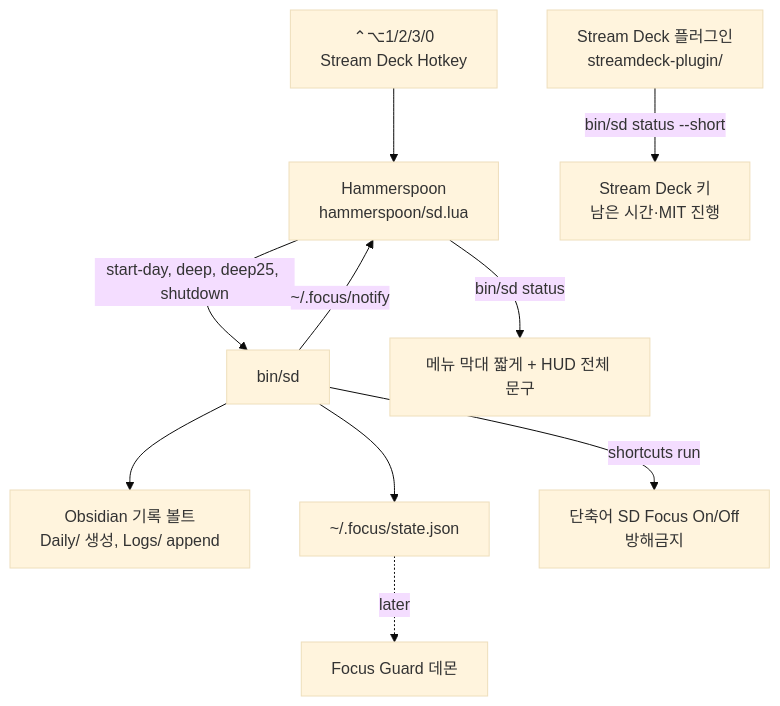
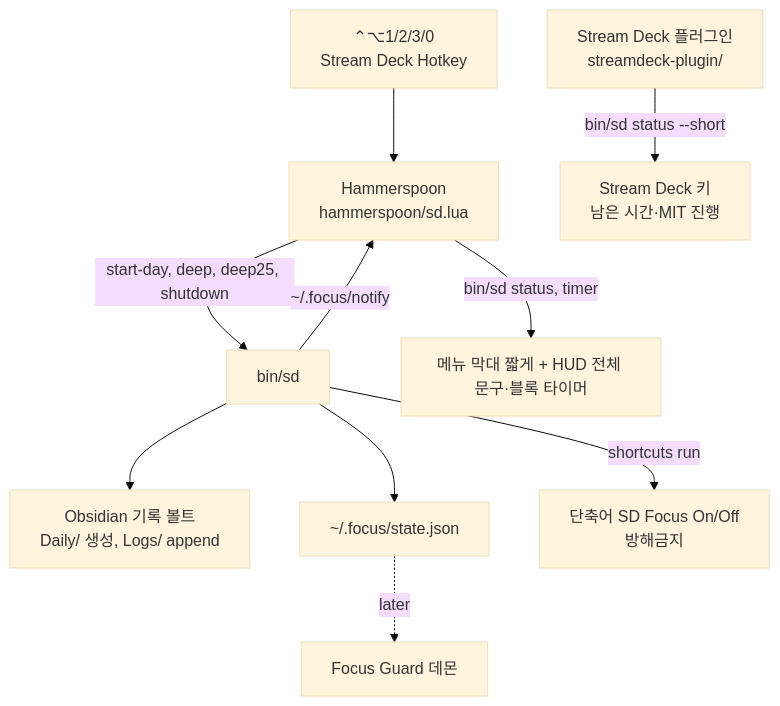
Before and after one commit to RRoundTable/streaming-deck: the diagram in docs/ARCHITECTURE.md, drawn with Mermaid (base theme). The commit also changed other lines of this file and 4 other files, not shown here.

First line of the commit message:
Show deep block as a pomodoro timer in a movable, resizable HUD

````diff
--- a/docs/ARCHITECTURE.md
+++ b/docs/ARCHITECTURE.md
@@ -7,12 +7,12 @@
 ```mermaid
 flowchart TD
     K[⌃⌥1/2/3/0<br/>Stream Deck Hotkey] --> HS[Hammerspoon<br/>hammerspoon/sd.lua]
     HS -->|start-day, deep, deep25, shutdown| B[bin/sd]
     B --> O[Obsidian 기록 볼트<br/>Daily/ 생성, Logs/ append]
     B --> F[~/.focus/state.json]
     B -->|shortcuts run| FM[단축어 SD Focus On/Off<br/>방해금지]
     B -->|~/.focus/notify| HS
-    HS -->|bin/sd status| MB[메뉴 막대 짧게 + HUD 전체 문구]
+    HS -->|bin/sd status, timer| MB[메뉴 막대 짧게 + HUD 전체 문구·블록 타이머]
     SDP[Stream Deck 플러그인<br/>streamdeck-plugin/] -->|bin/sd status --short| KEY[Stream Deck 키<br/>남은 시간·MIT 진행]
     F -.later.-> G[Focus Guard 데몬]
 ```
````
